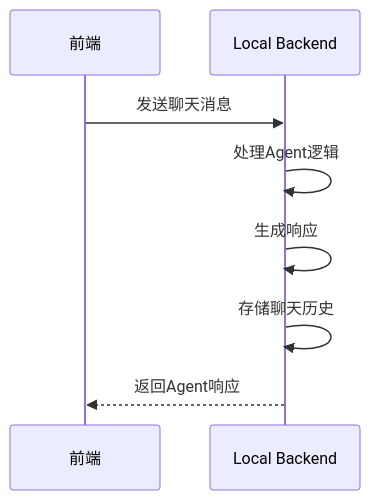
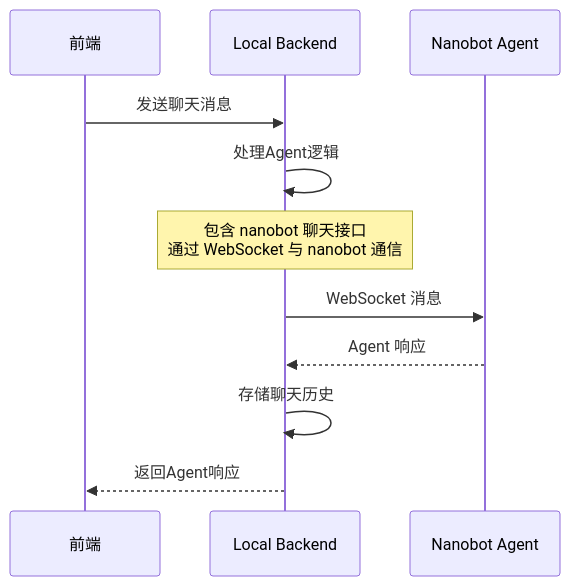
Before and after one commit to Leoliyanmin/MyProAgent: the fifth of 5 diagrams in README.md, drawn with Mermaid. The commit also changed other lines of this file and 20 other files, not shown here.

````diff
--- a/README.md
+++ b/README.md
@@ -164,11 +164,14 @@
 ```mermaid
 sequenceDiagram
     participant Client as 前端
     participant Local as Local Backend
-    
+    participant Nanobot as Nanobot Agent
+
     Client->>Local: 发送聊天消息
     Local->>Local: 处理Agent逻辑
-    Local->>Local: 生成响应
+    Note over Local: 包含 nanobot 聊天接口<br/>通过 WebSocket 与 nanobot 通信
+    Local->>Nanobot: WebSocket 消息
+    Nanobot-->>Local: Agent 响应
     Local->>Local: 存储聊天历史
     Local-->>Client: 返回Agent响应
 ```
````
